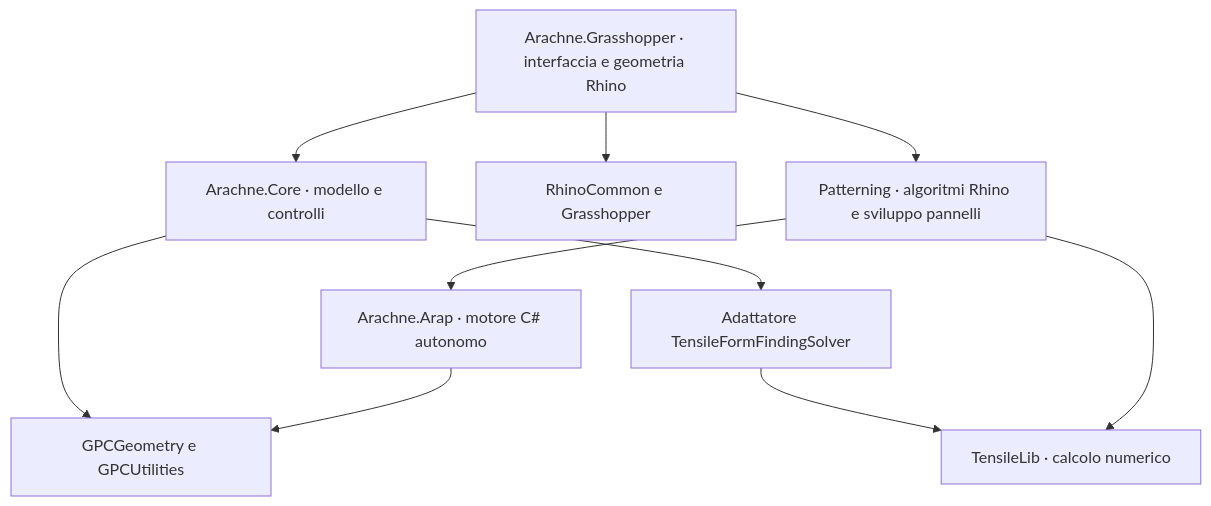
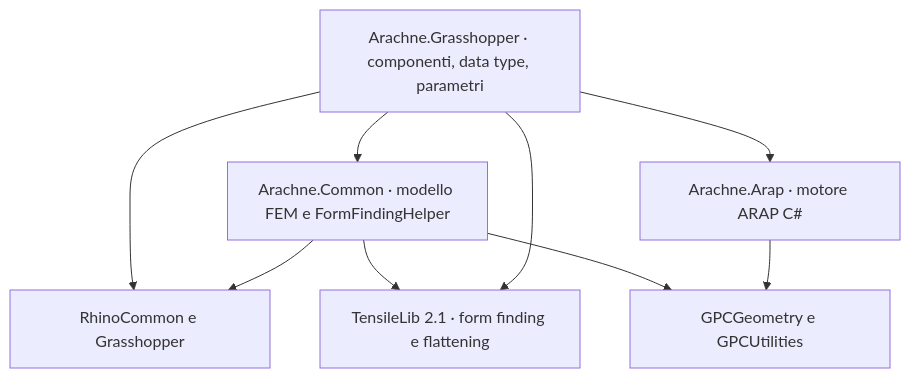
One commit to ITEC-GPA/Arachne changed the diagram in docs/ARCHITECTURE.md. Above: the diagram before and after it, drawn with Mermaid. The commit also changed other lines of this file and 119 other files, not shown here.

````diff
--- a/docs/ARCHITECTURE.md
+++ b/docs/ARCHITECTURE.md
@@ -5,12 +3,11 @@
 ```mermaid
 flowchart TD
-  GH[Arachne.Grasshopper · interfaccia e geometria Rhino] --> CORE[Arachne.Core · modello e controlli]
+  GH[Arachne.Grasshopper · componenti, data type, parametri] --> COMMON[Arachne.Common · modello FEM e FormFindingHelper]
+  GH --> ARAP[Arachne.Arap · motore ARAP C#]
   GH --> RHINO[RhinoCommon e Grasshopper]
-  CORE --> GPC[GPCGeometry e GPCUtilities]
-  CORE --> A[Adattatore TensileFormFindingSolver]
-  A --> TL[TensileLib · calcolo numerico]
-  GH --> P[Patterning · algoritmi Rhino e sviluppo pannelli]
-  P --> TL
-  P --> ARAP[Arachne.Arap · motore C# autonomo]
+  COMMON --> RHINO
+  COMMON --> TL[TensileLib 2.1 · form finding e flattening]
+  COMMON --> GPC[GPCGeometry e GPCUtilities]
+  GH --> TL
   ARAP --> GPC
 ```
````
